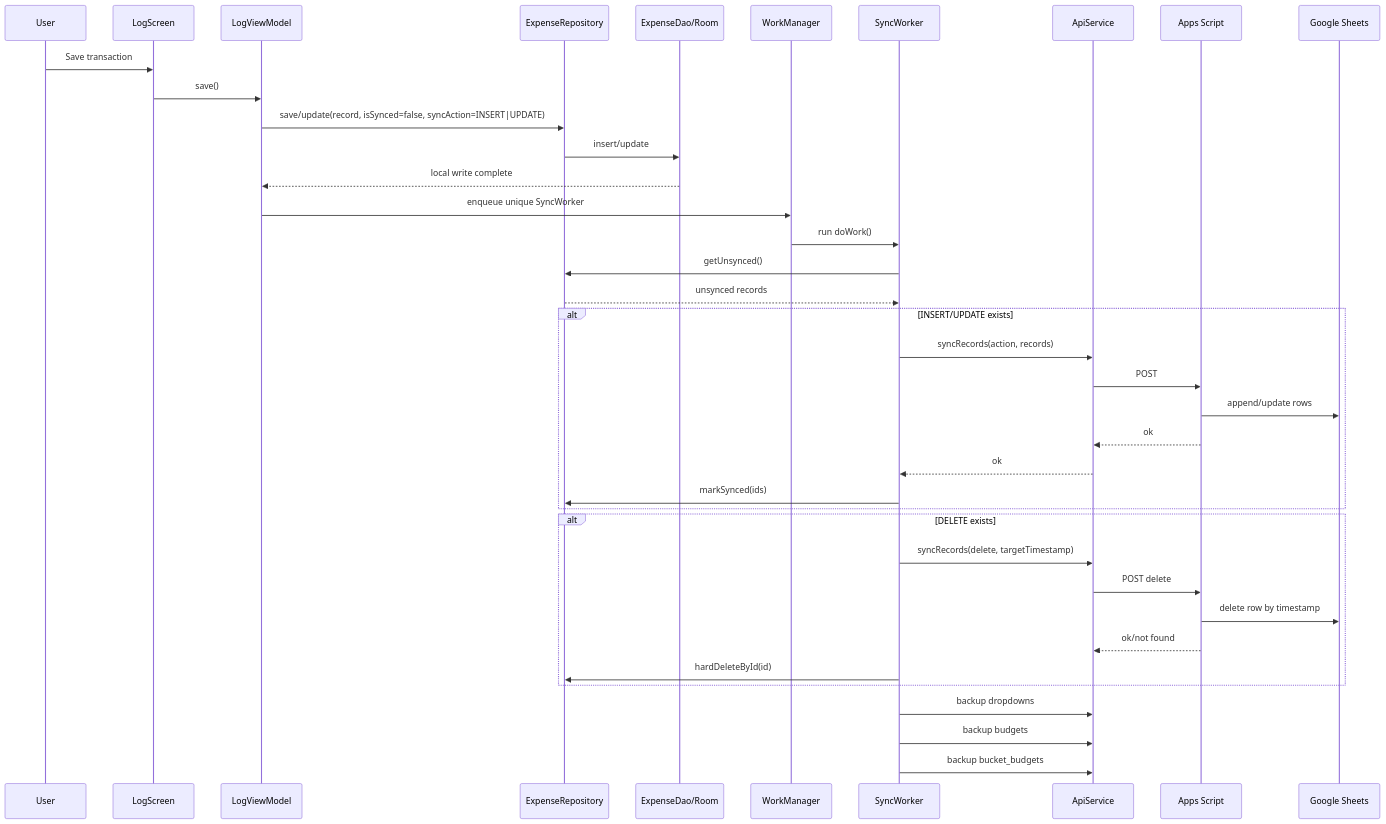
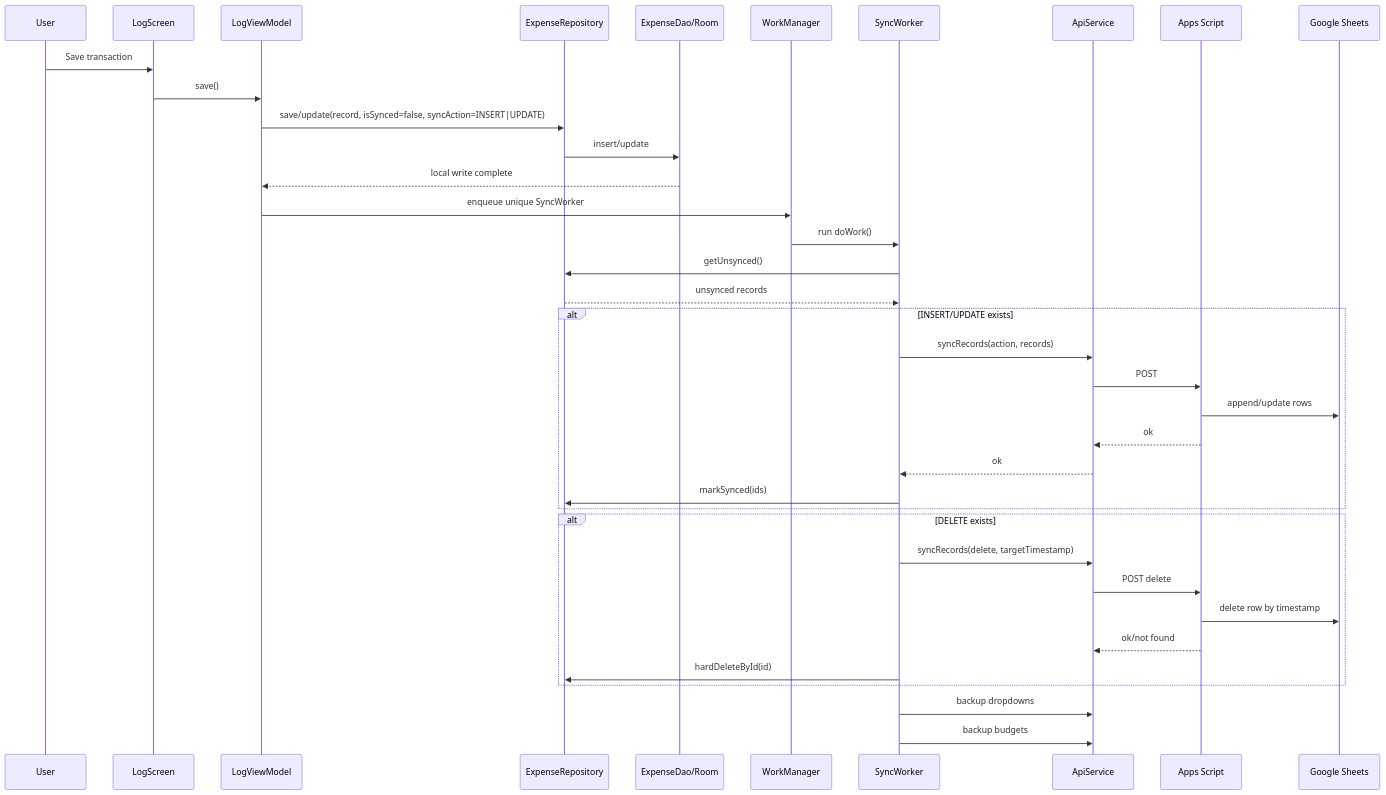
Before and after one commit to issaczerubbabela/L-Edgar: the third of 5 diagrams in docs/ARCHITECTURE.md, drawn with Mermaid. The commit also changed other lines of this file and 78 other files, not shown here.

````diff
--- a/docs/ARCHITECTURE.md
+++ b/docs/ARCHITECTURE.md
@@ -102,45 +98,44 @@
 ```mermaid
 sequenceDiagram
     participant User
     participant LogScreen
     participant LogVM as LogViewModel
     participant Repo as ExpenseRepository
     participant Room as ExpenseDao/Room
     participant WM as WorkManager
     participant Worker as SyncWorker
     participant API as ApiService
     participant GAS as Apps Script
     participant Sheet as Google Sheets
 
     User->>LogScreen: Save transaction
     LogScreen->>LogVM: save()
     LogVM->>Repo: save/update(record, isSynced=false, syncAction=INSERT|UPDATE)
     Repo->>Room: insert/update
     Room-->>LogVM: local write complete
     LogVM->>WM: enqueue unique SyncWorker
 
     WM->>Worker: run doWork()
     Worker->>Repo: getUnsynced()
     Repo-->>Worker: unsynced records
 
     alt INSERT/UPDATE exists
         Worker->>API: syncRecords(action, records)
         API->>GAS: POST
         GAS->>Sheet: append/update rows
         GAS-->>API: ok
         API-->>Worker: ok
         Worker->>Repo: markSynced(ids)
     end
 
     alt DELETE exists
         Worker->>API: syncRecords(delete, targetTimestamp)
         API->>GAS: POST delete
         GAS->>Sheet: delete row by timestamp
         GAS-->>API: ok/not found
         Worker->>Repo: hardDeleteById(id)
     end
 
     Worker->>API: backup dropdowns
     Worker->>API: backup budgets
-    Worker->>API: backup bucket_budgets
 ```
````
